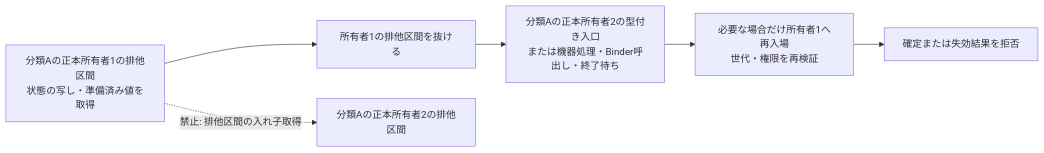
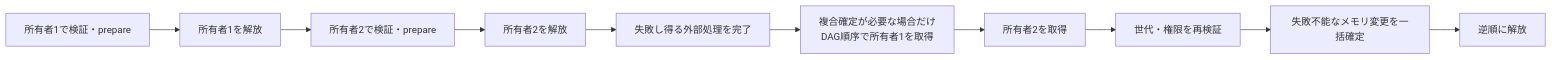
The second of 2 diagrams in tuner_hal2/DESIGN_JA.md (kazuki0824/tv), drawn with Mermaid before and after one commit. The commit also changed other lines of this file, not shown here.

````diff
--- a/tuner_hal2/DESIGN_JA.md
+++ b/tuner_hal2/DESIGN_JA.md
@@ -217,9 +221,12 @@
 ```mermaid
 flowchart LR
-    A1[分類Aの正本所有者1の排他区間\n状態の写し・準備済み値を取得] --> U1[所有者1の排他区間を抜ける]
-    U1 --> X[分類Aの正本所有者2の型付き入口\nまたは機器処理・Binder呼出し・終了待ち]
-    X --> A1R[必要な場合だけ所有者1へ再入場\n世代・権限を再検証]
-    A1R --> C[確定または失効結果を拒否]
-
-    A1 -. 禁止: 排他区間の入れ子取得 .-> A2[分類Aの正本所有者2の排他区間]
+    A1[所有者1で検証・prepare] --> U1[所有者1を解放]
+    U1 --> A2[所有者2で検証・prepare]
+    A2 --> U2[所有者2を解放]
+    U2 --> X[失敗し得る外部処理を完了]
+    X --> L1[複合確定が必要な場合だけ\nDAG順序で所有者1を取得]
+    L1 --> L2[所有者2を取得]
+    L2 --> V[世代・権限を再検証]
+    V --> C[失敗不能なメモリ変更を一括確定]
+    C --> R[逆順に解放]
 ```
````
